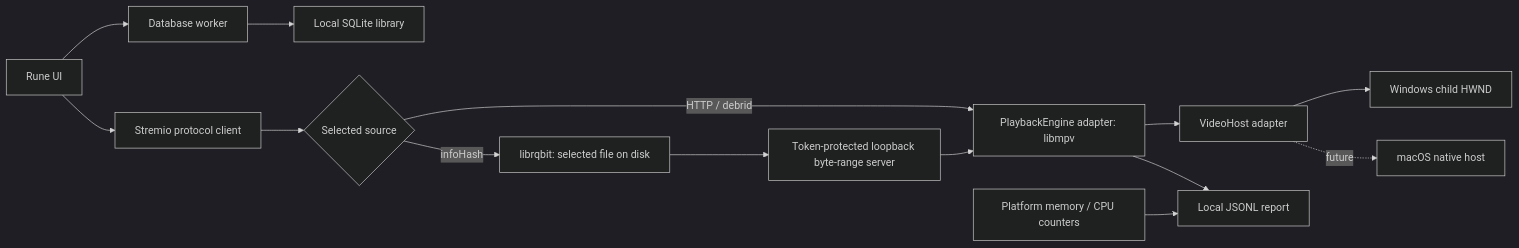
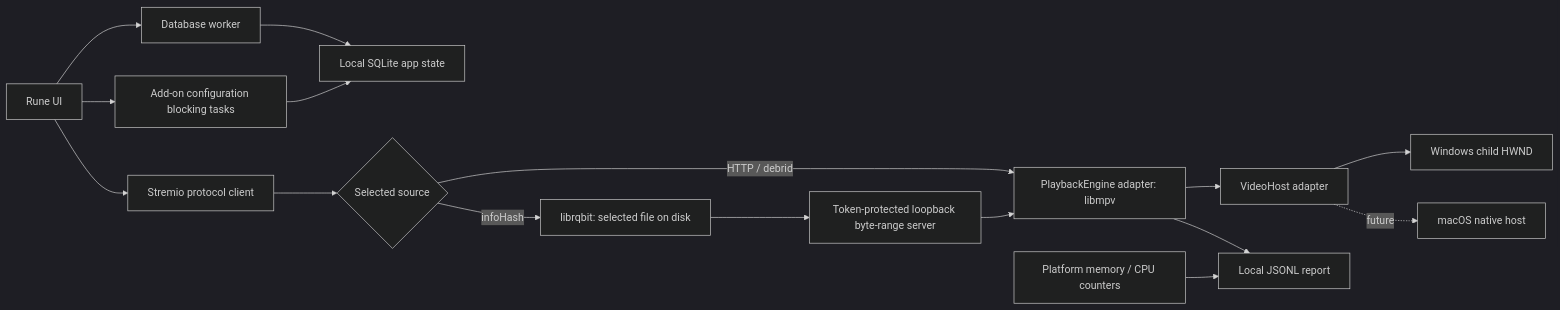
Before and after one commit to maharshi365/scry: the diagram in README.md, drawn with Mermaid (dark theme). The commit also changed other lines of this file and 19 other files, not shown here.

First line of the commit message:
feat(storage): manage app state with Diesel and SQLite

````diff
--- a/README.md
+++ b/README.md
@@ -133,16 +138,18 @@
 ```mermaid
 flowchart LR
     UI[Rune UI] --> Addons[Stremio protocol client]
     UI --> DBWorker[Database worker]
-    DBWorker --> SQLite[Local SQLite library]
+    DBWorker --> SQLite[Local SQLite app state]
+    UI --> Config[Add-on configuration blocking tasks]
+    Config --> SQLite
     Addons --> Source{Selected source}
     Source -->|HTTP / debrid| Player[PlaybackEngine adapter: libmpv]
     Source -->|infoHash| Torrent[librqbit: selected file on disk]
     Torrent --> HTTP[Token-protected loopback byte-range server]
     HTTP --> Player
     Player --> Host[VideoHost adapter]
     Host --> Windows[Windows child HWND]
     Host -. future .-> Mac[macOS native host]
     Player --> Metrics[Local JSONL report]
     OS[Platform memory / CPU counters] --> Metrics
 ```
````
